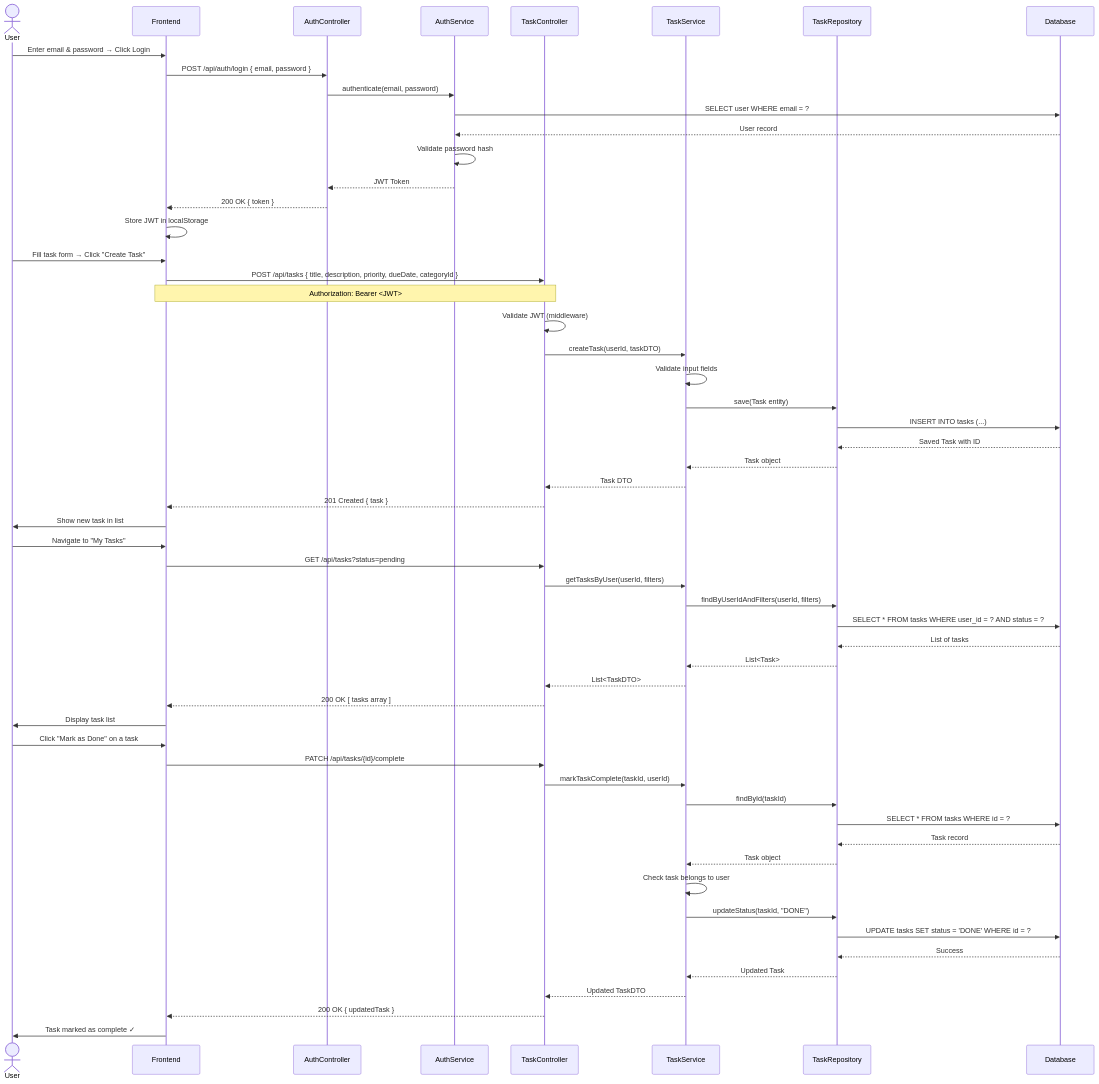
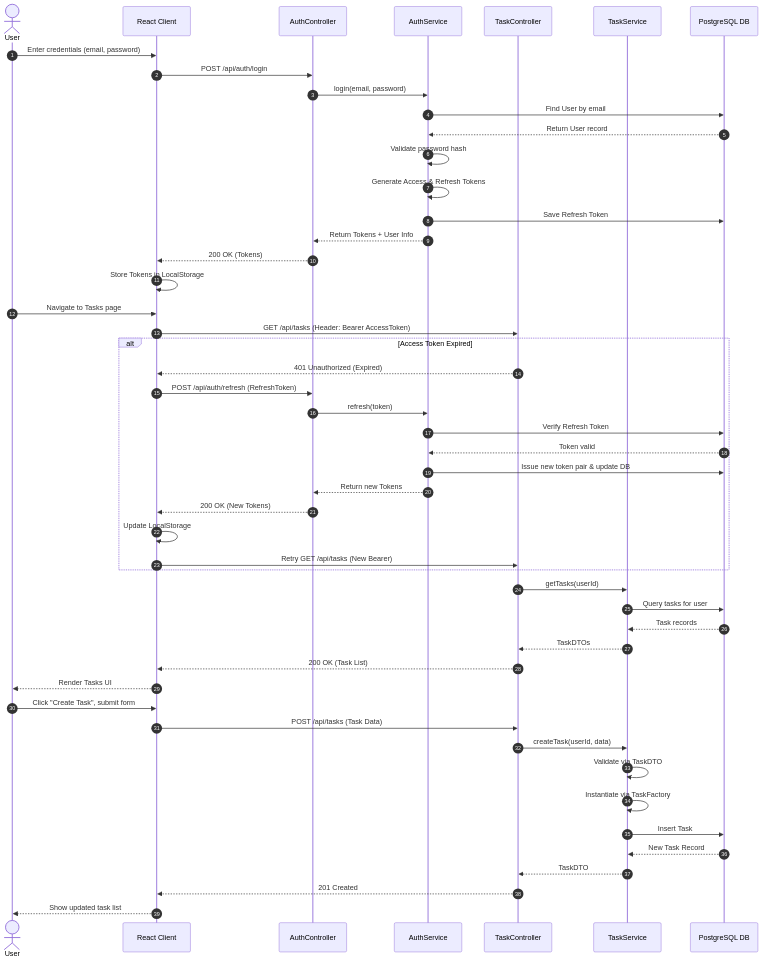
The diagram in sequenceDiagram.md (ramanverse/sesd), drawn with Mermaid before and after one commit. The commit also changed other lines of this file and 4 other files, not shown here.

Commit message:
docs: Add architecture diagrams and project idea

````diff
--- a/sequenceDiagram.md
+++ b/sequenceDiagram.md
@@ -9,66 +5,58 @@
 ```mermaid
 sequenceDiagram
+    autonumber
     actor User
-    participant Frontend
+    participant Frontend as React Client
     participant AuthController
     participant AuthService
     participant TaskController
     participant TaskService
-    participant TaskRepository
-    participant Database
+    participant Database as PostgreSQL DB
 
-    %% --- Login Flow ---
-    User->>Frontend: Enter email & password → Click Login
-    Frontend->>AuthController: POST /api/auth/login { email, password }
-    AuthController->>AuthService: authenticate(email, password)
-    AuthService->>Database: SELECT user WHERE email = ?
-    Database-->>AuthService: User record
+    User->>Frontend: Enter credentials (email, password)
+    Frontend->>AuthController: POST /api/auth/login
+    AuthController->>AuthService: login(email, password)
+    AuthService->>Database: Find User by email
+    Database-->>AuthService: Return User record
     AuthService->>AuthService: Validate password hash
-    AuthService-->>AuthController: JWT Token
-    AuthController-->>Frontend: 200 OK { token }
-    Frontend->>Frontend: Store JWT in localStorage
-
-    %% --- Create Task Flow ---
-    User->>Frontend: Fill task form → Click "Create Task"
-    Frontend->>TaskController: POST /api/tasks { title, description, priority, dueDate, categoryId }
-    Note over Frontend,TaskController: Authorization: Bearer <JWT>
-    TaskController->>TaskController: Validate JWT (middleware)
-    TaskController->>TaskService: createTask(userId, taskDTO)
-    TaskService->>TaskService: Validate input fields
-    TaskService->>TaskRepository: save(Task entity)
-    TaskRepository->>Database: INSERT INTO tasks (...)
-    Database-->>TaskRepository: Saved Task with ID
-    TaskRepository-->>TaskService: Task object
-    TaskService-->>TaskController: Task DTO
-    TaskController-->>Frontend: 201 Created { task }
-    Frontend->>User: Show new task in list
-
-    %% --- View Tasks Flow ---
-    User->>Frontend: Navigate to "My Tasks"
-    Frontend->>TaskController: GET /api/tasks?status=pending
-    TaskController->>TaskService: getTasksByUser(userId, filters)
-    TaskService->>TaskRepository: findByUserIdAndFilters(userId, filters)
-    TaskRepository->>Database: SELECT * FROM tasks WHERE user_id = ? AND status = ?
-    Database-->>TaskRepository: List of tasks
-    TaskRepository-->>TaskService: List<Task>
-    TaskService-->>TaskController: List<TaskDTO>
-    TaskController-->>Frontend: 200 OK [ tasks array ]
-    Frontend->>User: Display task list
-
-    %% --- Mark Task Complete Flow ---
-    User->>Frontend: Click "Mark as Done" on a task
-    Frontend->>TaskController: PATCH /api/tasks/{id}/complete
-    TaskController->>TaskService: markTaskComplete(taskId, userId)
-    TaskService->>TaskRepository: findById(taskId)
-    TaskRepository->>Database: SELECT * FROM tasks WHERE id = ?
-    Database-->>TaskRepository: Task record
-    TaskRepository-->>TaskService: Task object
-    TaskService->>TaskService: Check task belongs to user
-    TaskService->>TaskRepository: updateStatus(taskId, "DONE")
-    TaskRepository->>Database: UPDATE tasks SET status = 'DONE' WHERE id = ?
-    Database-->>TaskRepository: Success
-    TaskRepository-->>TaskService: Updated Task
-    TaskService-->>TaskController: Updated TaskDTO
-    TaskController-->>Frontend: 200 OK { updatedTask }
-    Frontend->>User: Task marked as complete ✓
+    AuthService->>AuthService: Generate Access & Refresh Tokens
+    AuthService->>Database: Save Refresh Token
+    AuthService-->>AuthController: Return Tokens + User Info
+    AuthController-->>Frontend: 200 OK (Tokens)
+    
+    Frontend->>Frontend: Store Tokens in LocalStorage
+    
+    User->>Frontend: Navigate to Tasks page
+    Frontend->>TaskController: GET /api/tasks (Header: Bearer AccessToken)
+    
+    alt Access Token Expired
+        TaskController-->>Frontend: 401 Unauthorized (Expired)
+        Frontend->>AuthController: POST /api/auth/refresh (RefreshToken)
+        AuthController->>AuthService: refresh(token)
+        AuthService->>Database: Verify Refresh Token
+        Database-->>AuthService: Token valid
+        AuthService->>Database: Issue new token pair & update DB
+        AuthService-->>AuthController: Return new Tokens
+        AuthController-->>Frontend: 200 OK (New Tokens)
+        Frontend->>Frontend: Update LocalStorage
+        Frontend->>TaskController: Retry GET /api/tasks (New Bearer)
+    end
+    
+    TaskController->>TaskService: getTasks(userId)
+    TaskService->>Database: Query tasks for user
+    Database-->>TaskService: Task records
+    TaskService-->>TaskController: TaskDTOs
+    TaskController-->>Frontend: 200 OK (Task List)
+    Frontend-->>User: Render Tasks UI
+    
+    User->>Frontend: Click "Create Task", submit form
+    Frontend->>TaskController: POST /api/tasks (Task Data)
+    TaskController->>TaskService: createTask(userId, data)
+    TaskService->>TaskService: Validate via TaskDTO
+    TaskService->>TaskService: Instantiate via TaskFactory
+    TaskService->>Database: Insert Task
+    Database-->>TaskService: New Task Record
+    TaskService-->>TaskController: TaskDTO
+    TaskController-->>Frontend: 201 Created
+    Frontend-->>User: Show updated task list
 ```
````
